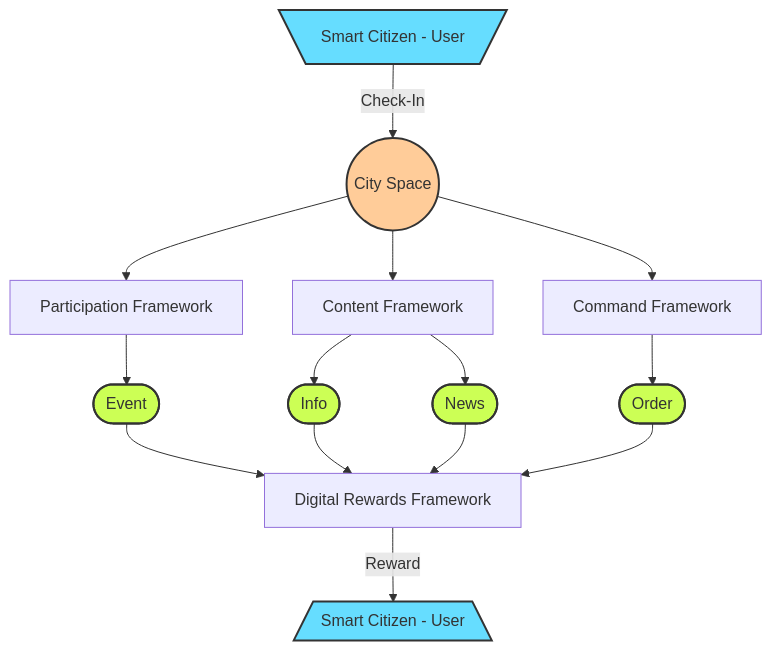
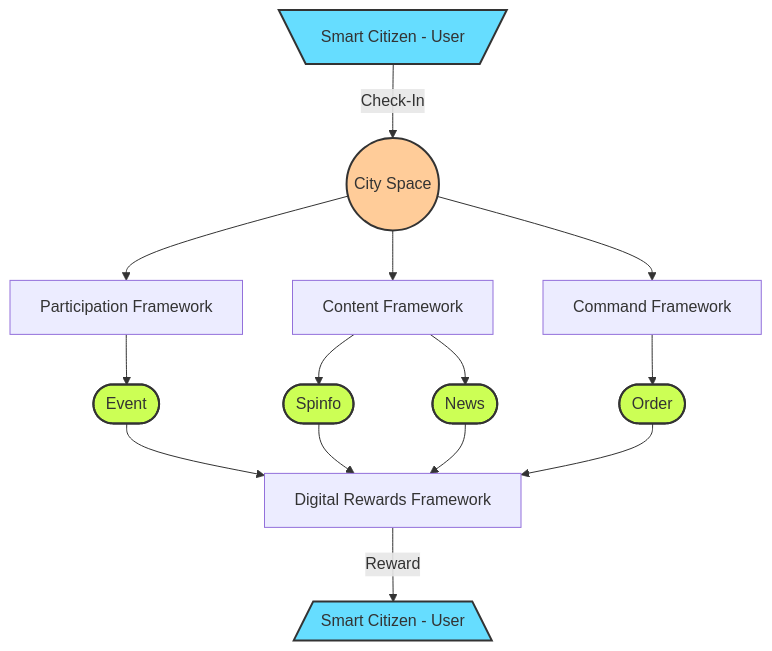
The diagram in pages/roadmap.md (cityos-work/cityos-dev), drawn with Mermaid before and after one commit. The commit also changed 1 other file, not shown here.

````diff
--- a/pages/roadmap.md
+++ b/pages/roadmap.md
@@ -64,23 +64,23 @@
 ```mermaid
 graph TB;
     USER[\Smart Citizen - User/]-- Check-In -->SPACE((City Space));
     SPACE-->PARTICIPATION[Participation Framework];
     SPACE-->CONTENT[Content Framework];
     SPACE-->COMMAND[Command Framework];
     PARTICIPATION-->EVENT([Event]);
-    CONTENT-->INFO([Info]);
+    CONTENT-->INFO([Spinfo]);
     CONTENT-->NEWS([News]);
     COMMAND-->ORDER([Order]);
     EVENT-->REWARDFRAMEWORK[Digital Rewards Framework];
     INFO-->REWARDFRAMEWORK;
     NEWS-->REWARDFRAMEWORK;
     ORDER-->REWARDFRAMEWORK;
     REWARDFRAMEWORK-- Reward -->REWARDEDUSER[/Smart Citizen - User\];
     style USER fill:#6df,stroke:#333,stroke-width:2px
     style REWARDEDUSER fill:#6df,stroke:#333,stroke-width:2px
     style SPACE fill:#fc9,stroke:#333,stroke-width:2px
     style ORDER fill:#CF5, stroke:#333,stroke-width:2px
     style INFO fill:#CF5, stroke:#333,stroke-width:2px
     style NEWS fill:#CF5, stroke:#333,stroke-width:2px
     style EVENT fill:#CF5, stroke:#333,stroke-width:2px 
 ```
````
